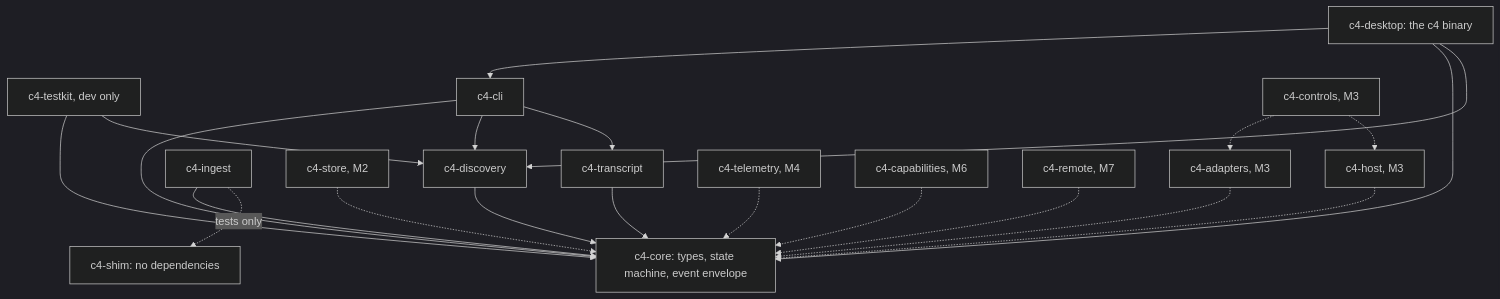
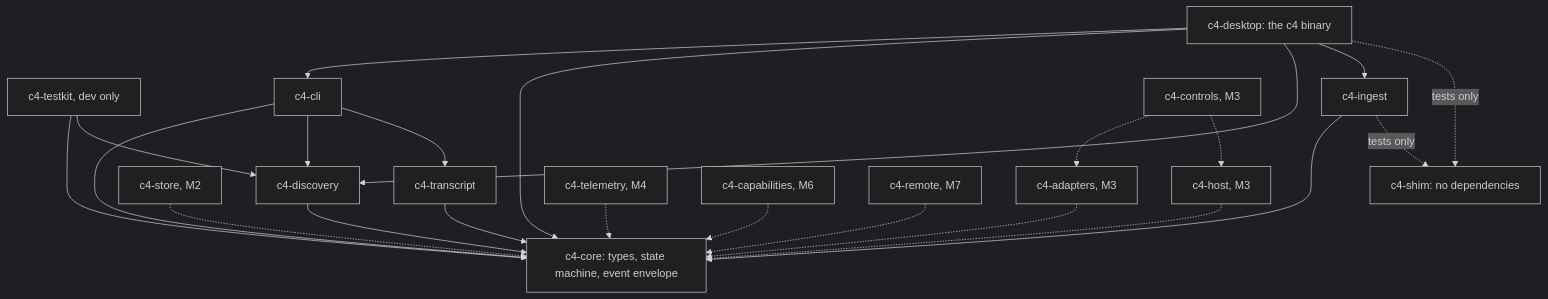
One commit to watchthelight/C4 changed the first of 4 diagrams in docs/ARCHITECTURE.md. Above: the diagram before and after it, drawn with Mermaid (dark theme). The commit also changed other lines of this file and 16 other files, not shown here.

````diff
--- a/docs/ARCHITECTURE.md
+++ b/docs/ARCHITECTURE.md
@@ -28,25 +29,27 @@
 ```mermaid
 graph TD
     core[c4-core: types, state machine, event envelope]
     discovery[c4-discovery] --> core
     transcript[c4-transcript] --> core
     testkit[c4-testkit, dev only] --> core
     testkit --> discovery
     cli[c4-cli] --> core
     cli --> discovery
     cli --> transcript
     desktop[c4-desktop: the c4 binary] --> cli
     desktop --> core
     desktop --> discovery
     ingest[c4-ingest] --> core
+    desktop --> ingest
     store[c4-store, M2] -.-> core
     shim[c4-shim: no dependencies]
     ingest -. tests only .-> shim
+    desktop -. tests only .-> shim
     adapters[c4-adapters, M3] -.-> core
     host[c4-host, M3] -.-> core
     controls[c4-controls, M3] -.-> adapters
     controls -.-> host
     telemetry[c4-telemetry, M4] -.-> core
     capabilities[c4-capabilities, M6] -.-> core
     remote[c4-remote, M7] -.-> core
 ```
````
